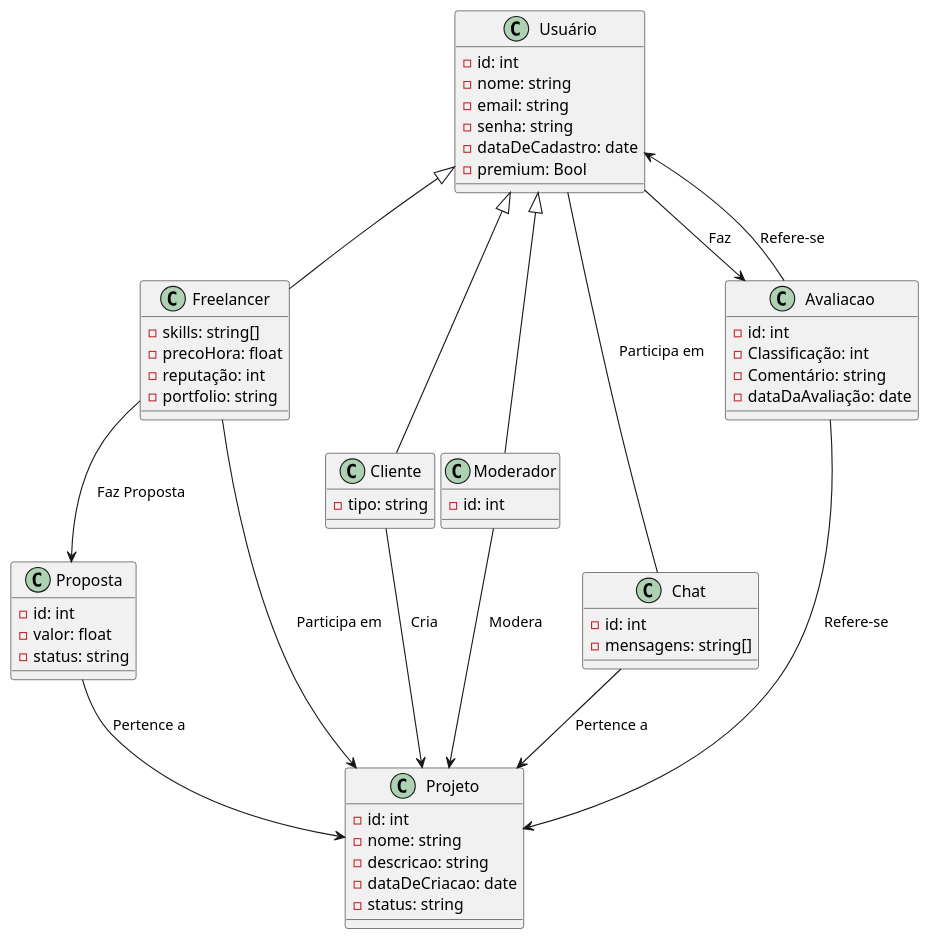
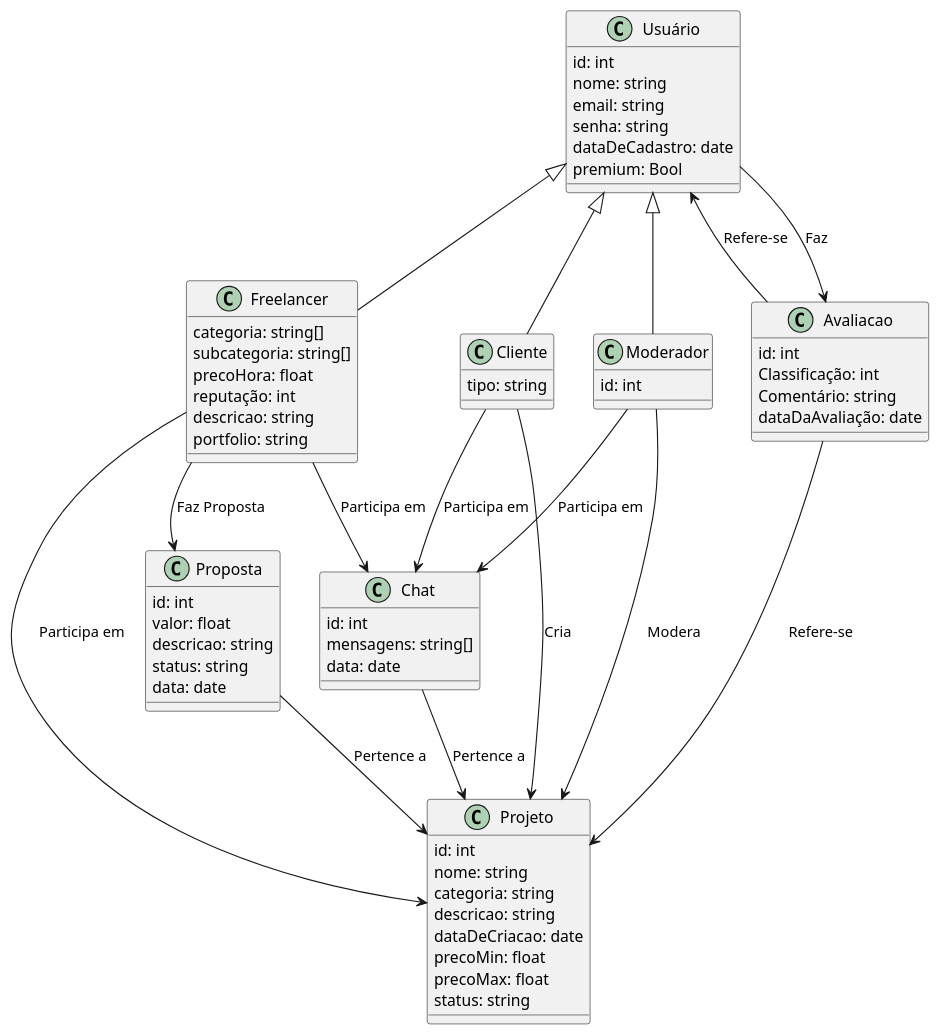
The diagram in docs/modelo_conceitual.puml (LucasNeiva/Eng-Software-II), drawn with PlantUML before and after one commit.

Commit message:
modelo conceitual consertado

```diff
--- a/docs/modelo_conceitual.puml
+++ b/docs/modelo_conceitual.puml
@@ -1,70 +1,88 @@
 @startuml Conceitual
 
 class Usuário {
-  - id: int
-  - nome: string
-  - email: string
-  - senha: string
-  - dataDeCadastro: date
-  - premium: Bool
+
+id: int
+nome: string
+email: string
+senha: string
+dataDeCadastro: date
+premium: Bool
 }
 
 class Freelancer {
-  - skills: string[]
-  - precoHora: float
-  - reputação: int
-  - portfolio: string
+
+categoria: string[]
+subcategoria: string[]
+precoHora: float
+reputação: int
+descricao: string
+portfolio: string
 }
 
 class Cliente {
-  - tipo: string
+
+tipo: string
 }
 
 class Moderador {
-  - id: int
+
+id: int
 }
 
 class Proposta {
-  - id: int
-  - valor: float
-  - status: string
+
+id: int
+valor: float
+descricao: string
+status: string
+data: date
 }
 
 class Projeto {
-  - id: int
-  - nome: string
-  - descricao: string
-  - dataDeCriacao: date
-  - status: string
+
+id: int
+nome: string
+categoria: string
+descricao: string
+dataDeCriacao: date
+precoMin: float
+precoMax: float
+status: string
 }
 
 class Chat {
-  - id: int
-  - mensagens: string[]
+
+id: int
+mensagens: string[]
+data: date
 }
 
 class Avaliacao {
-    - id: int
-    - Classificação: int
-    - Comentário: string
-    - dataDaAvaliação: date
+
+id: int
+Classificação: int
+Comentário: string
+dataDaAvaliação: date
 }
 
 Usuário <|-- Moderador
 Usuário <|-- Cliente
 Usuário <|-- Freelancer
 
 
 Avaliacao --> Usuário : Refere-se
 Avaliacao --> Projeto: Refere-se
 
 Usuário --> Avaliacao: Faz
 Proposta --> Projeto: Pertence a
 Freelancer --> Proposta: Faz Proposta
 Freelancer --> Projeto: Participa em
 Cliente --> Projeto: Cria
 Chat --> Projeto: Pertence a
 Moderador --> Projeto: Modera
+Freelancer --> Chat: Participa em
+Cliente --> Chat: Participa em
+Moderador --> Chat: Participa em
 
-Usuário -- Chat: Participa em
 @enduml
```
